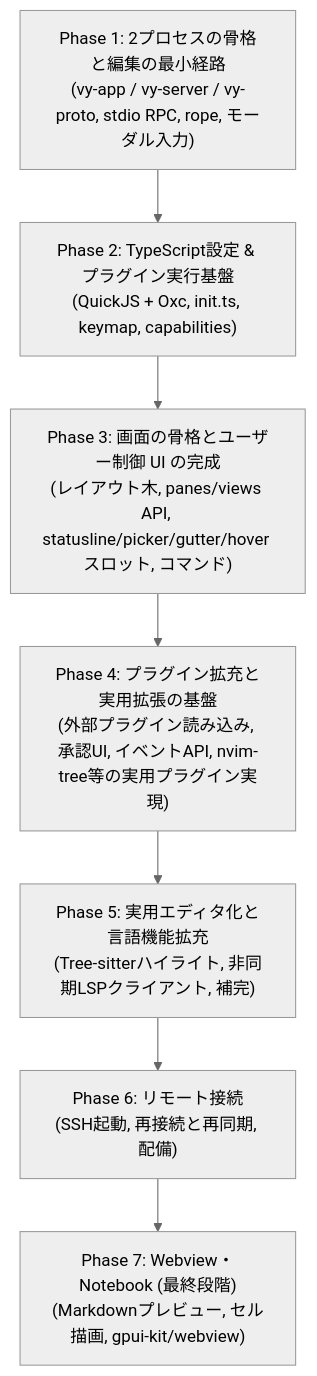
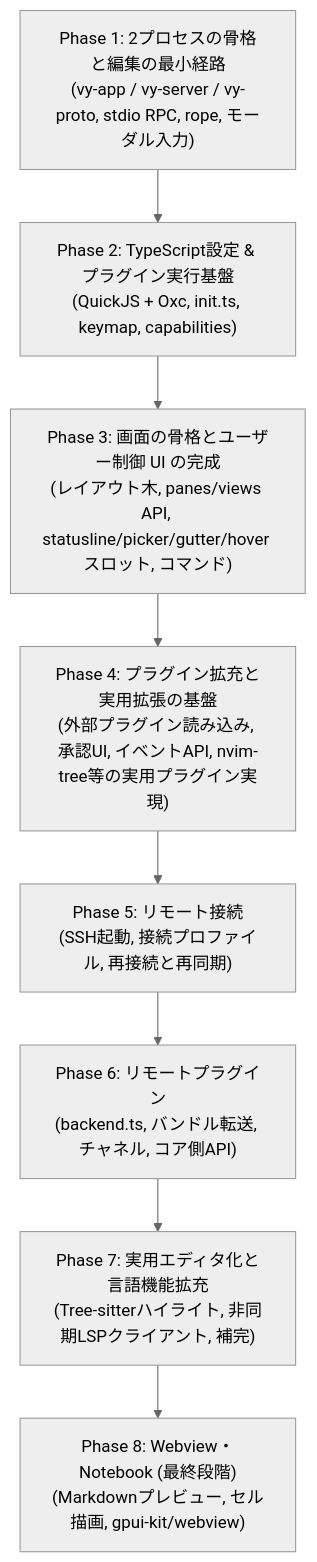
The diagram in docs/roadmap.md (nazo6/vy), drawn with Mermaid (neutral theme) before and after one commit. The commit also changed other lines of this file and 9 other files, not shown here.

````diff
--- a/docs/roadmap.md
+++ b/docs/roadmap.md
@@ -12,12 +12,13 @@
 ```mermaid
 flowchart TD
     P1["Phase 1: 2プロセスの骨格と編集の最小経路\n(vy-app / vy-server / vy-proto, stdio RPC, rope, モーダル入力)"]
     P2["Phase 2: TypeScript設定 & プラグイン実行基盤\n(QuickJS + Oxc, init.ts, keymap, capabilities)"]
     P3["Phase 3: 画面の骨格とユーザー制御 UI の完成\n(レイアウト木, panes/views API, statusline/picker/gutter/hover スロット, コマンド)"]
     P4["Phase 4: プラグイン拡充と実用拡張の基盤\n(外部プラグイン読み込み, 承認UI, イベントAPI, nvim-tree等の実用プラグイン実現)"]
-    P5["Phase 5: 実用エディタ化と言語機能拡充\n(Tree-sitterハイライト, 非同期LSPクライアント, 補完)"]
-    P6["Phase 6: リモート接続\n(SSH起動, 再接続と再同期, 配備)"]
-    P7["Phase 7: Webview・Notebook (最終段階)\n(Markdownプレビュー, セル描画, gpui-kit/webview)"]
+    P5["Phase 5: リモート接続\n(SSH起動, 接続プロファイル, 再接続と再同期)"]
+    P6["Phase 6: リモートプラグイン\n(backend.ts, バンドル転送, チャネル, コア側API)"]
+    P7["Phase 7: 実用エディタ化と言語機能拡充\n(Tree-sitterハイライト, 非同期LSPクライアント, 補完)"]
+    P8["Phase 8: Webview・Notebook (最終段階)\n(Markdownプレビュー, セル描画, gpui-kit/webview)"]
 
-    P1 --> P2 --> P3 --> P4 --> P5 --> P6 --> P7
+    P1 --> P2 --> P3 --> P4 --> P5 --> P6 --> P7 --> P8
 ```
````
